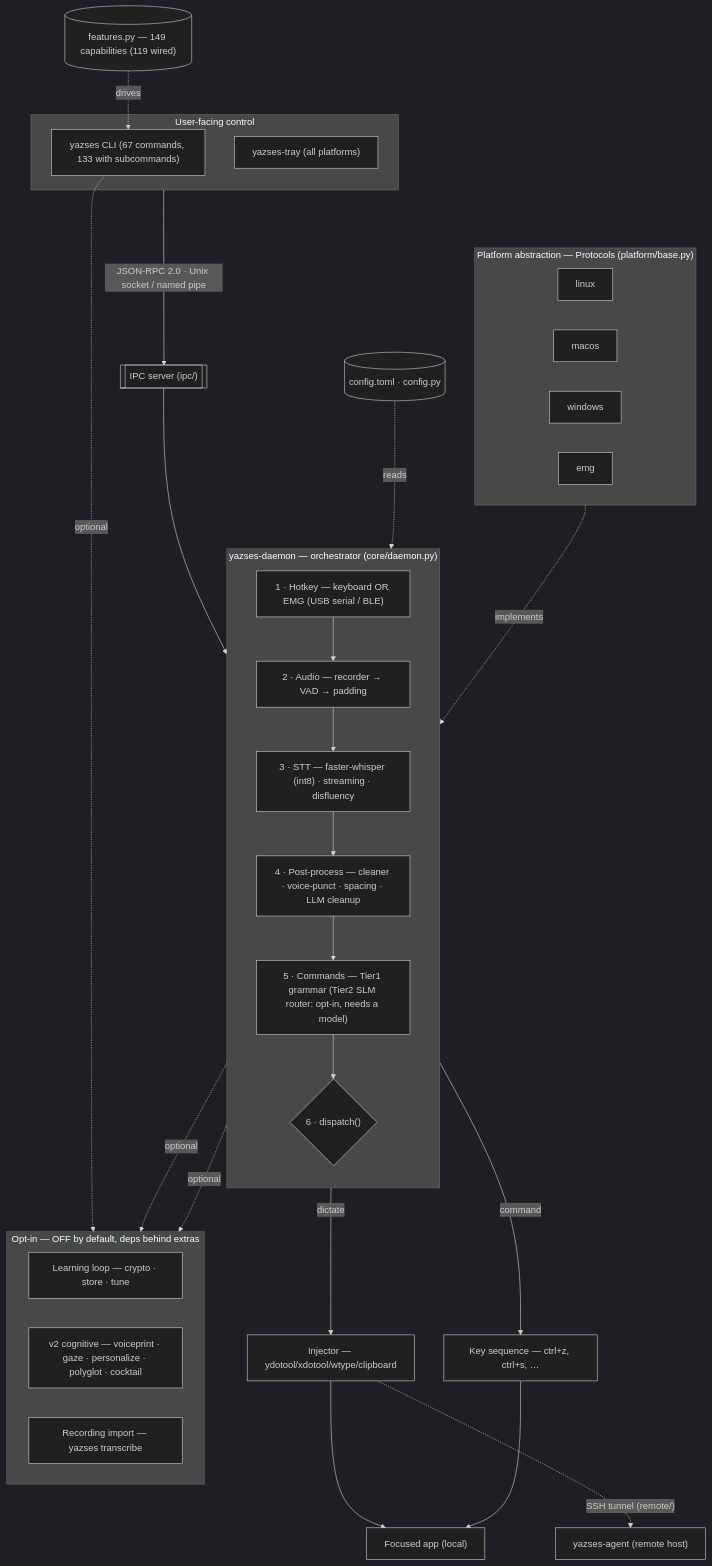
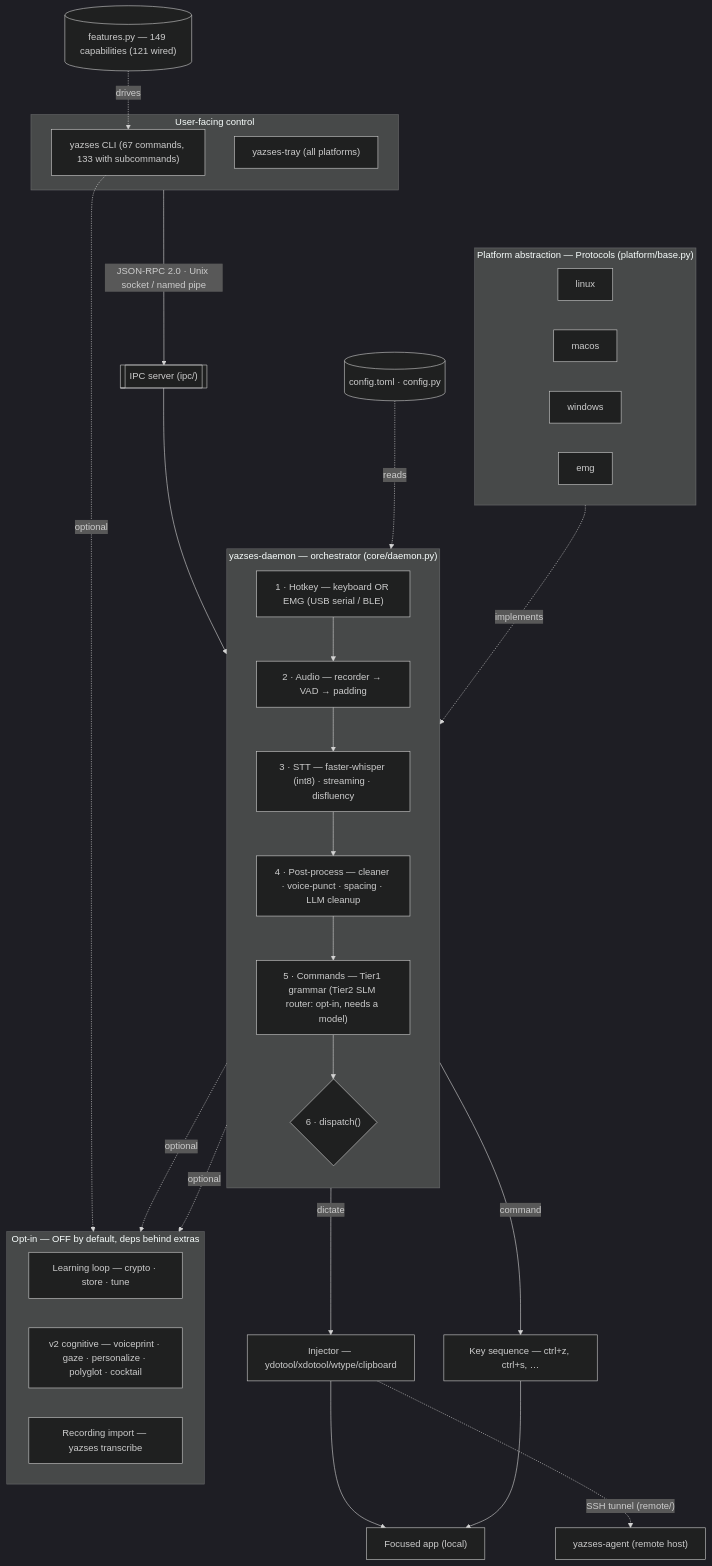
Before and after one commit to MSKazemi/yazses: the diagram in docs/diagrams/index.md, drawn with Mermaid (dark theme). The commit also changed 32 other files, not shown here.

````diff
--- a/docs/diagrams/index.md
+++ b/docs/diagrams/index.md
@@ -22,50 +22,50 @@
 ```mermaid
 flowchart TB
   subgraph UI["User-facing control"]
     CLI["yazses CLI (67 commands, 133 with subcommands)"]
     TRAY["yazses-tray (all platforms)"]
   end
   UI -->|"JSON-RPC 2.0 · Unix socket / named pipe"| IPC[["IPC server (ipc/)"]]
   IPC --> DAEMON
 
   subgraph DAEMON["yazses-daemon — orchestrator (core/daemon.py)"]
     direction TB
     HK["1 · Hotkey — keyboard OR EMG (USB serial / BLE)"]
     AUD["2 · Audio — recorder → VAD → padding"]
     STT["3 · STT — faster-whisper (int8) · streaming · disfluency"]
     PP["4 · Post-process — cleaner · voice-punct · spacing · LLM cleanup"]
     CMD["5 · Commands — Tier1 grammar (Tier2 SLM router: opt-in, needs a model)"]
     DIS{"6 · dispatch()"}
     HK --> AUD --> STT --> PP --> CMD --> DIS
   end
 
   CFG[("config.toml · config.py")]
-  FEAT[("features.py — 149 capabilities (119 wired)")]
+  FEAT[("features.py — 149 capabilities (121 wired)")]
   CFG -. reads .-> DAEMON
   FEAT -. drives .-> CLI
 
   DIS -->|dictate| INJ["Injector — ydotool/xdotool/wtype/clipboard"]
   DIS -->|command| KEYS["Key sequence — ctrl+z, ctrl+s, …"]
   INJ --> APP["Focused app (local)"]
   KEYS --> APP
   INJ -. "SSH tunnel (remote/)" .-> AGENT["yazses-agent (remote host)"]
 
   subgraph PLAT["Platform abstraction — Protocols (platform/base.py)"]
     direction LR
     LNX["linux"]
     MAC["macos"]
     WIN["windows"]
     EMG["emg"]
   end
   PLAT -. implements .-> DAEMON
 
   subgraph OPT["Opt-in — OFF by default, deps behind extras"]
     direction LR
     LEARN["Learning loop — crypto · store · tune"]
     V2["v2 cognitive — voiceprint · gaze · personalize · polyglot · cocktail"]
     RECIMP["Recording import — yazses transcribe"]
   end
   DAEMON -. optional .-> LEARN
   DAEMON -. optional .-> V2
   CLI -. optional .-> RECIMP
 ```
````
